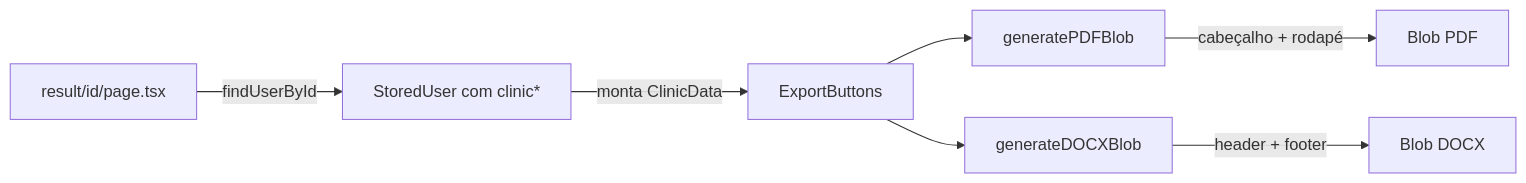
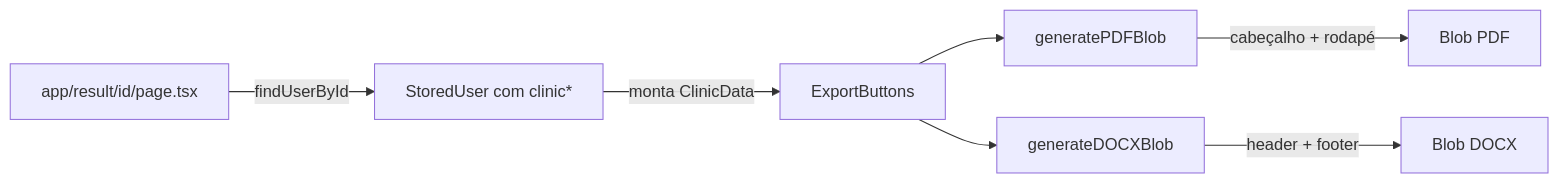
Diagram 11 of 12 in docs/architecture.md (Startiatech/anamnsese-ia), drawn with Mermaid before and after one commit. The commit also changed other lines of this file and 53 other files, not shown here.

First line of the commit message:
refactor(routes): prefixa area do profissional com /app

````diff
--- a/docs/architecture.md
+++ b/docs/architecture.md
@@ -244,9 +244,9 @@
 ```mermaid
 flowchart LR
-    R[result/id/page.tsx] -->|findUserById| FU[StoredUser com clinic*]
+    R[app/result/id/page.tsx] -->|findUserById| FU[StoredUser com clinic*]
     FU -->|monta ClinicData| EB[ExportButtons]
     EB --> PDF[generatePDFBlob]
     EB --> DOCX[generateDOCXBlob]
     PDF -->|cabeçalho + rodapé| OUT1[Blob PDF]
     DOCX -->|header + footer| OUT2[Blob DOCX]
 ```
````
